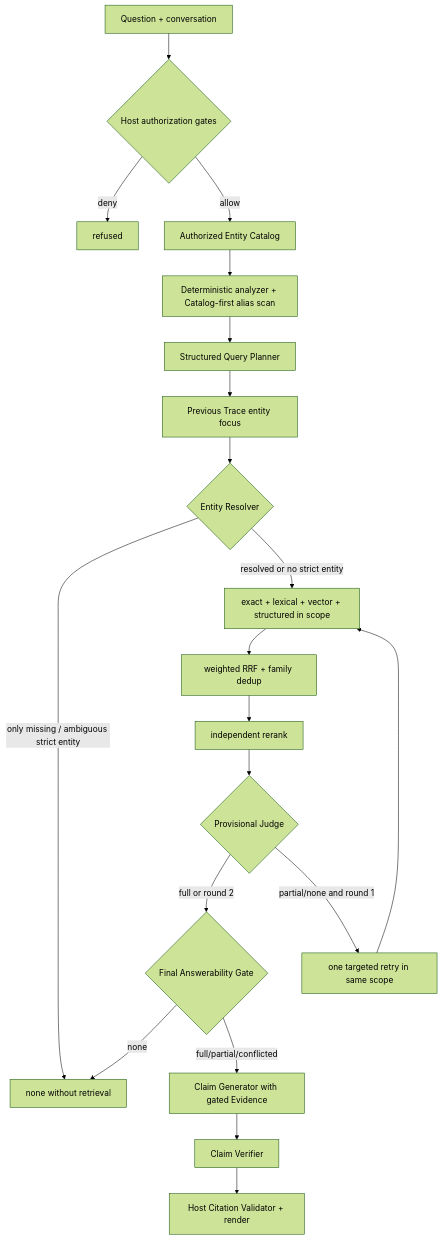
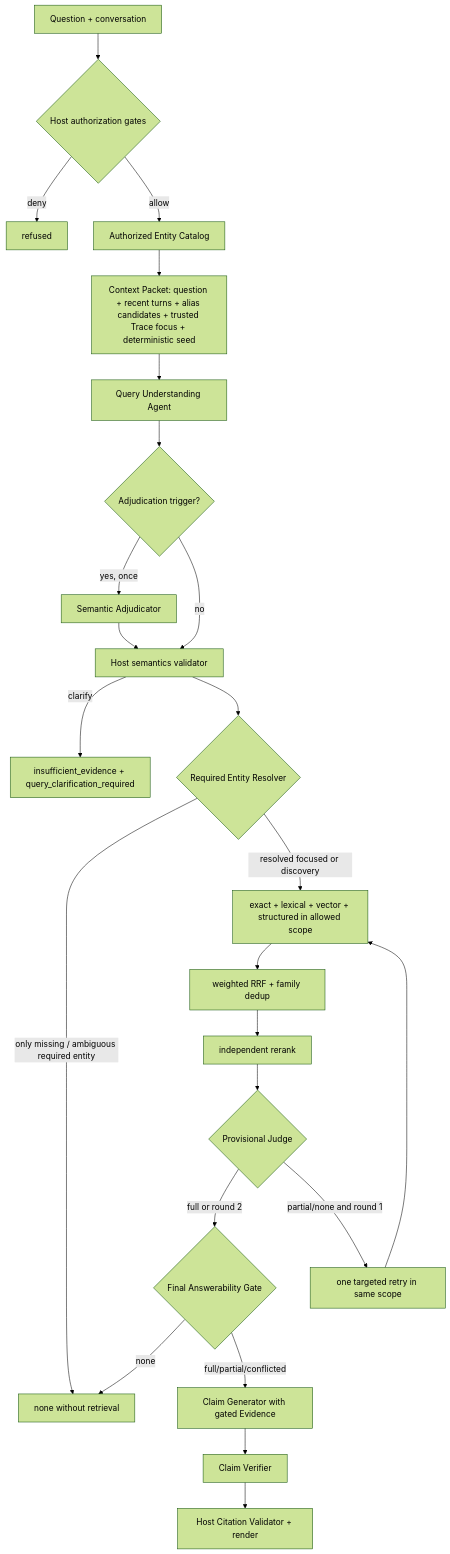
The third of 3 diagrams in docs/architecture/DESIGN-005.md (monshunter/askme), drawn with Mermaid (forest theme) before and after one commit. The commit also changed other lines of this file and 48 other files, not shown here.

````diff
--- a/docs/architecture/DESIGN-005.md
+++ b/docs/architecture/DESIGN-005.md
@@ -225,22 +237,26 @@
 ```mermaid
 flowchart TD
   Q["Question + conversation"] --> G{"Host authorization gates"}
   G -->|deny| RF["refused"]
   G -->|allow| EC["Authorized Entity Catalog"]
-  EC --> DQ["Deterministic analyzer + Catalog-first alias scan"]
-  DQ --> QP["Structured Query Planner"]
-  QP --> CF["Previous Trace entity focus"]
-  CF --> ER{"Entity Resolver"}
-  ER -->|only missing / ambiguous strict entity| NE["none without retrieval"]
-  ER -->|resolved or no strict entity| MR["exact + lexical + vector + structured in scope"]
+  EC --> CP["Context Packet: question + recent turns + alias candidates + trusted Trace focus + deterministic seed"]
+  CP --> QUA["Query Understanding Agent"]
+  QUA --> AD{"Adjudication trigger?"}
+  AD -->|yes, once| QJ["Semantic Adjudicator"]
+  AD -->|no| HV["Host semantics validator"]
+  QJ --> HV
+  HV -->|clarify| CQ["insufficient_evidence + query_clarification_required"]
+  HV --> ER{"Required Entity Resolver"}
+  ER -->|only missing / ambiguous required entity| NE["none without retrieval"]
+  ER -->|resolved focused or discovery| MR["exact + lexical + vector + structured in allowed scope"]
   MR --> RRF["weighted RRF + family dedup"]
   RRF --> RR["independent rerank"]
   RR --> J{"Provisional Judge"}
   J -->|full or round 2| AJ{"Final Answerability Gate"}
   J -->|partial/none and round 1| RET["one targeted retry in same scope"]
   RET --> MR
   AJ -->|none| NE
   AJ -->|full/partial/conflicted| A["Claim Generator with gated Evidence"]
   A --> V["Claim Verifier"]
   V --> C["Host Citation Validator + render"]
 ```
````
